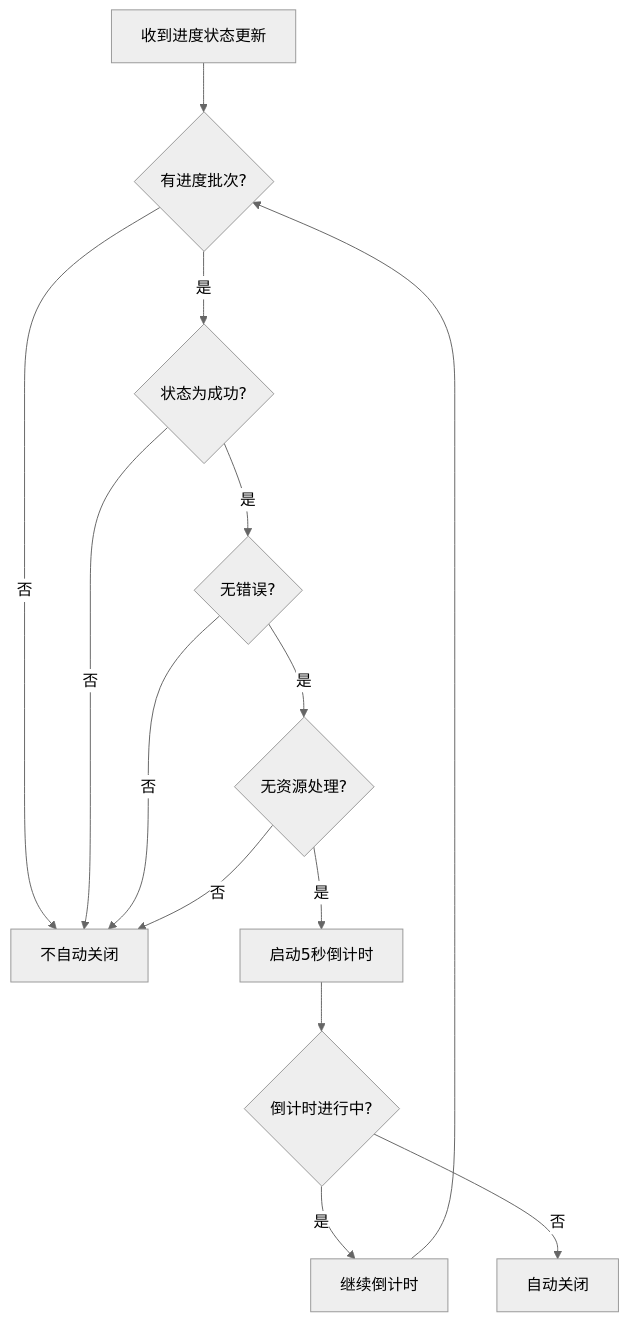
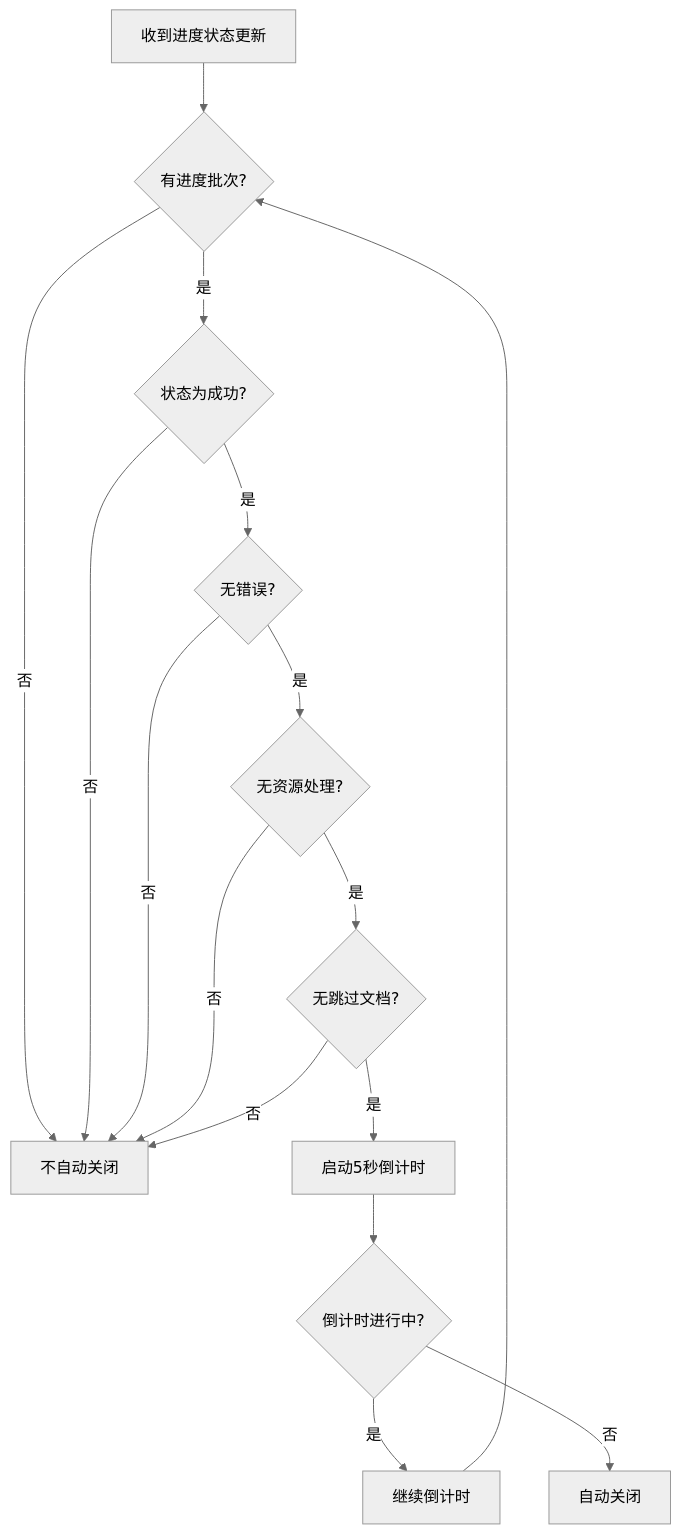
The eighth of 10 diagrams in .qoder/repowiki/zh/content/Progress Management Enhancements.md (terwerinc/siyuan-plugin-share-pro), drawn with Mermaid (neutral theme) before and after one commit. The commit also changed other lines of this file and 12 other files, not shown here.

````diff
--- a/.qoder/repowiki/zh/content/Progress Management Enhancements.md
+++ b/.qoder/repowiki/zh/content/Progress Management Enhancements.md
@@ -516,16 +633,18 @@
 ```mermaid
 flowchart TD
 Start[收到进度状态更新] --> CheckBatch{有进度批次?}
 CheckBatch --> |否| NoAutoClose[不自动关闭]
 CheckBatch --> |是| CheckStatus{状态为成功?}
 CheckStatus --> |否| NoAutoClose
 CheckStatus --> |是| CheckErrors{无错误?}
 CheckErrors --> |否| NoAutoClose
 CheckErrors --> |是| CheckResources{无资源处理?}
 CheckResources --> |否| NoAutoClose
-CheckResources --> |是| StartTimer[启动5秒倒计时]
+CheckResources --> |是| CheckSkipped{无跳过文档?}
+CheckSkipped --> |否| NoAutoClose
+CheckSkipped --> |是| StartTimer[启动5秒倒计时]
 StartTimer --> Countdown{倒计时进行中?}
 Countdown --> |是| ContinueTimer[继续倒计时]
 Countdown --> |否| AutoClose[自动关闭]
 ContinueTimer --> CheckBatch
 ```
````
